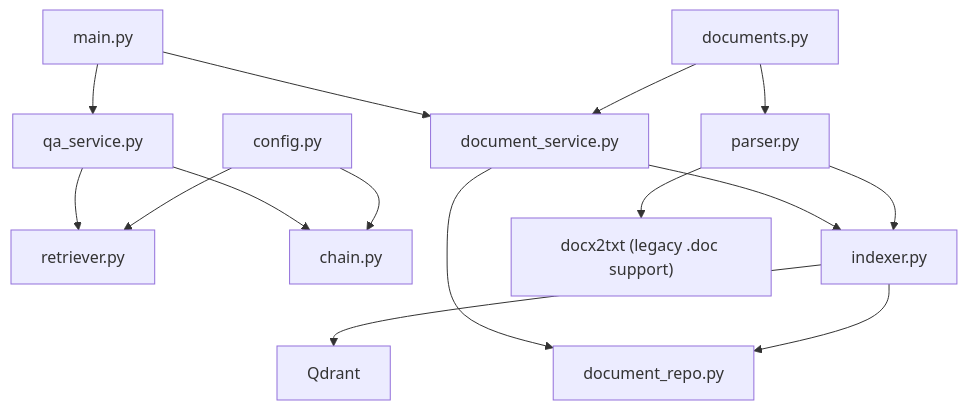
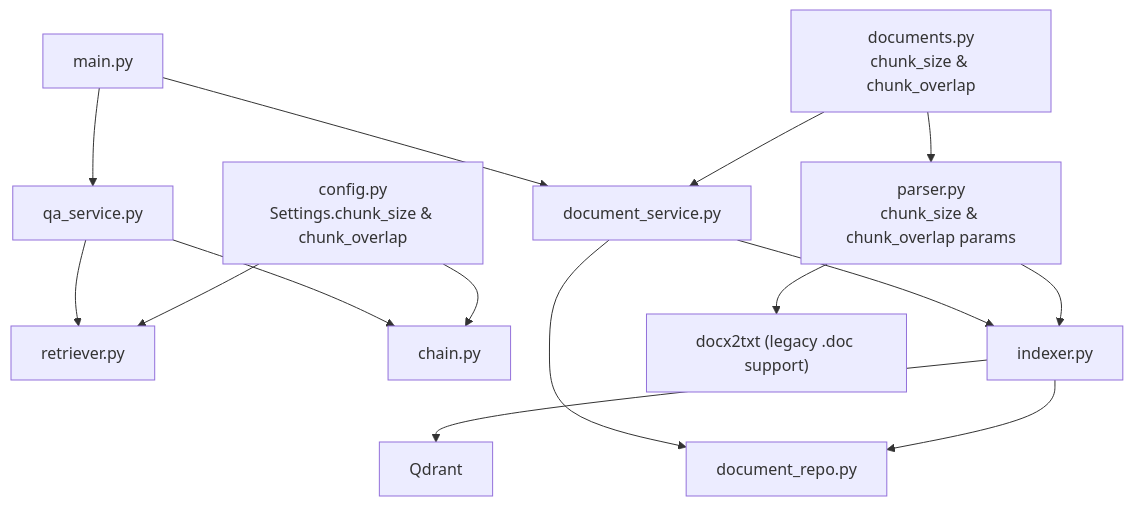
One commit to ognelis/cafetera_hr_bot changed diagram 13 of 13 in .qoder/repowiki/en/content/RAG Integration/RAG Parser Enhancement.md. Above: the diagram before and after it, drawn with Mermaid. The commit also changed other lines of this file and 16 other files, not shown here.

````diff
--- a/.qoder/repowiki/en/content/RAG Integration/RAG Parser Enhancement.md
+++ b/.qoder/repowiki/en/content/RAG Integration/RAG Parser Enhancement.md
@@ -449,17 +490,17 @@
 ```mermaid
 graph TB
-CFG["config.py"] --> RET["retriever.py"]
+CFG["config.py<br/>Settings.chunk_size & chunk_overlap"] --> RET["retriever.py"]
 CFG --> CHAIN["chain.py"]
-PARSER["parser.py"] --> INDEXER["indexer.py"]
+PARSER["parser.py<br/>chunk_size & chunk_overlap params"] --> INDEXER["indexer.py"]
 PARSER --> DOCX2TXT["docx2txt (legacy .doc support)"]
 INDEXER --> QDRANT["Qdrant"]
 INDEXER --> REPO["document_repo.py"]
 SERVICE["document_service.py"] --> INDEXER
 SERVICE --> REPO
-API["documents.py"] --> SERVICE
+API["documents.py<br/>chunk_size & chunk_overlap"] --> SERVICE
 API --> PARSER
 QA["qa_service.py"] --> RET
 QA --> CHAIN
 MAIN["main.py"] --> SERVICE
 MAIN --> QA
 ```
````
